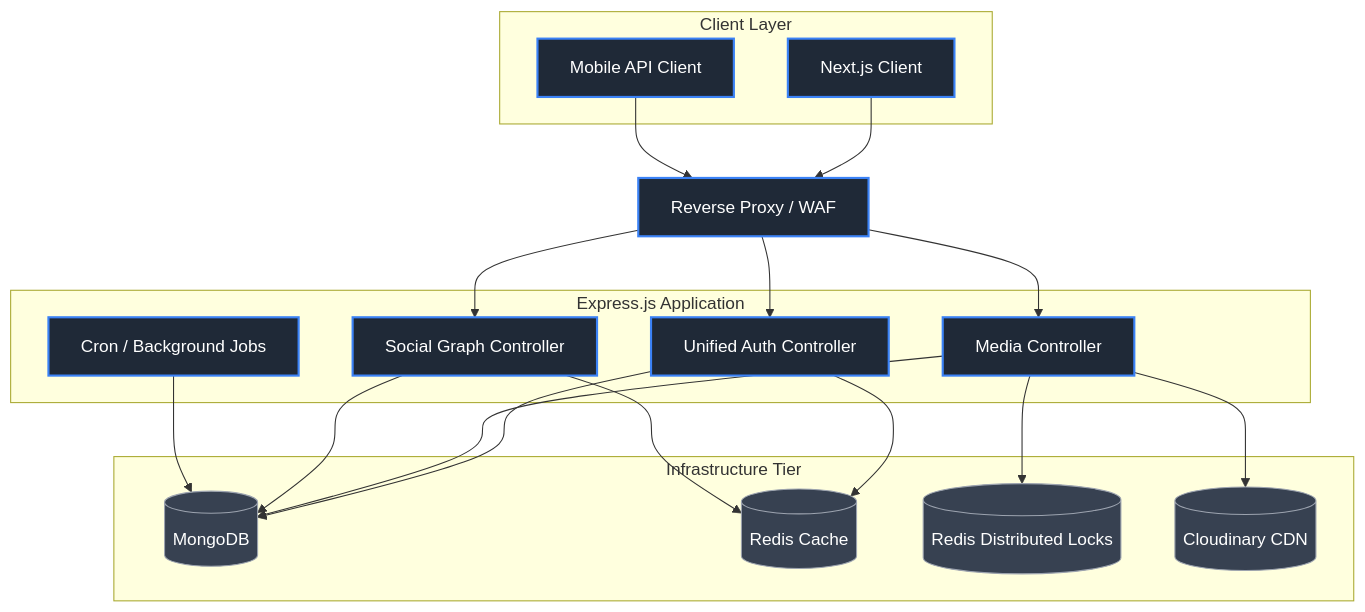
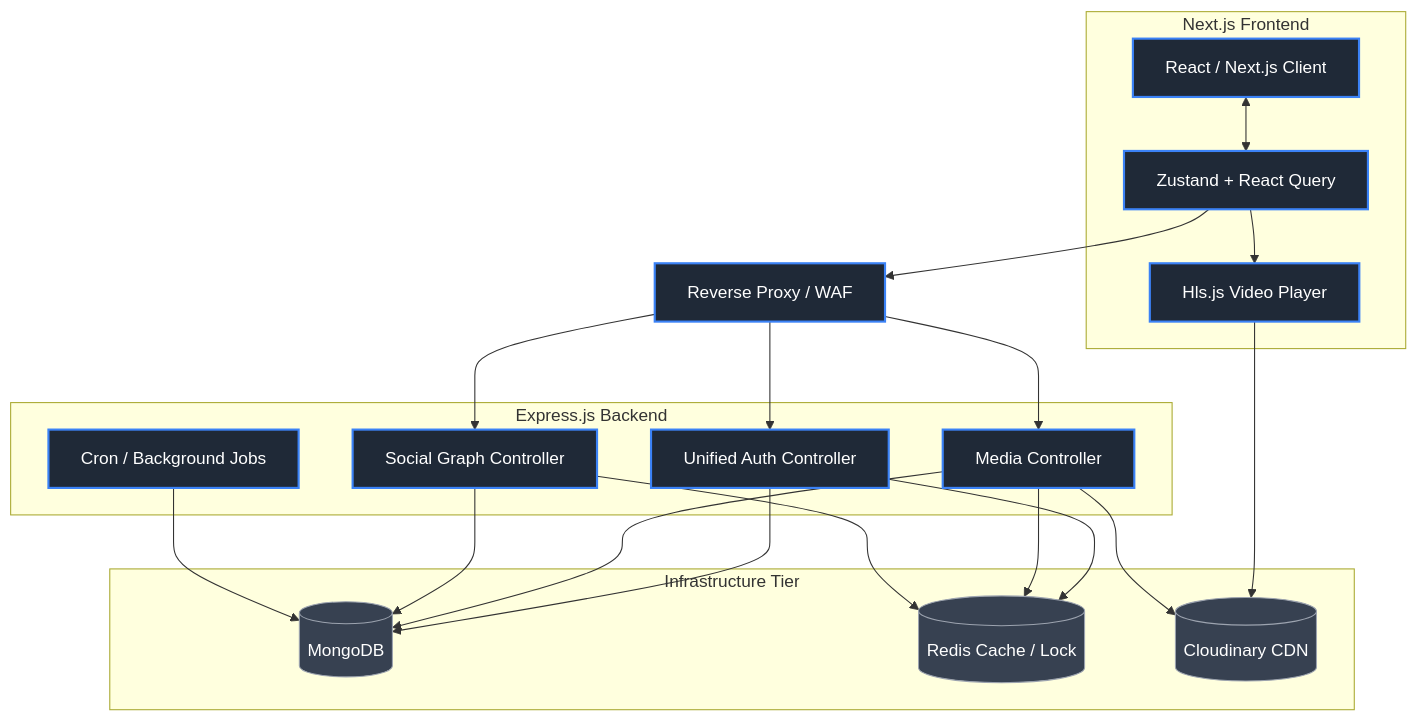
The first of 2 diagrams in README.md (R4NiTeXe/Video-Tube), drawn with Mermaid before and after one commit. The commit also changed other lines of this file and 216 other files, not shown here.

Commit message:
feat: implement full-stack architecture for video platform including backend services, database models, and frontend UI components, and everything is done

````diff
--- a/README.md
+++ b/README.md
@@ -20,50 +23,52 @@
 ```mermaid
 graph TD
     %% Define Client Layer
-    subgraph Client Layer
-        Web[Next.js Client]
-        Mobile[Mobile API Client]
+    subgraph Client Layer [Next.js Frontend]
+        Web[React / Next.js Client]
+        State[Zustand + React Query]
+        Player[Hls.js Video Player]
     end
 
     %% Define Load Balancing / Proxy
     Proxy[Reverse Proxy / WAF]
 
     %% Define Application Layer
-    subgraph Application Tier [Express.js Application]
+    subgraph Application Tier [Express.js Backend]
         Auth[Unified Auth Controller]
         Media[Media Controller]
         Social[Social Graph Controller]
         Jobs[Cron / Background Jobs]
     end
 
     %% Define Infrastructure Services
     subgraph Infrastructure Tier
         Mongo[(MongoDB)]
-        RedisCache[(Redis Cache)]
-        RedisLock[(Redis Distributed Locks)]
+        RedisCache[(Redis Cache / Lock)]
         Cloudinary[(Cloudinary CDN)]
     end
 
     %% Connections
-    Web --> Proxy
-    Mobile --> Proxy
+    Web <--> State
+    State --> Player
+    Player --> Cloudinary
+    State --> Proxy
     Proxy --> Auth
     Proxy --> Media
     Proxy --> Social
 
     Auth --> Mongo
     Auth --> RedisCache
     Media --> Mongo
     Media --> Cloudinary
-    Media --> RedisLock
+    Media --> RedisCache
     Social --> Mongo
     Social --> RedisCache
     Jobs --> Mongo
 
     %% Styling
     classDef primary fill:#1f2937,stroke:#3b82f6,stroke-width:2px,color:#ffffff;
     classDef secondary fill:#374151,stroke:#9ca3af,stroke-width:1px,color:#ffffff;
     
-    class Web,Mobile,Proxy,Auth,Media,Social,Jobs primary;
-    class Mongo,RedisCache,RedisLock,Cloudinary secondary;
+    class Web,State,Player,Proxy,Auth,Media,Social,Jobs primary;
+    class Mongo,RedisCache,Cloudinary secondary;
 ```
````
